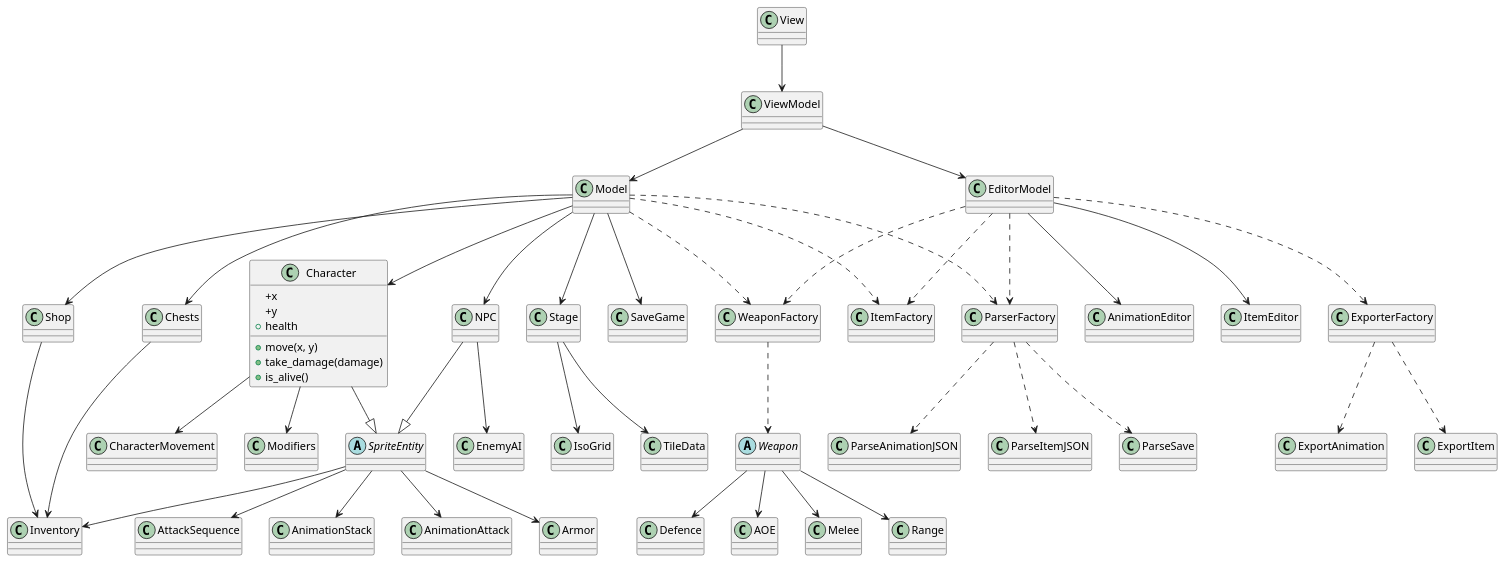
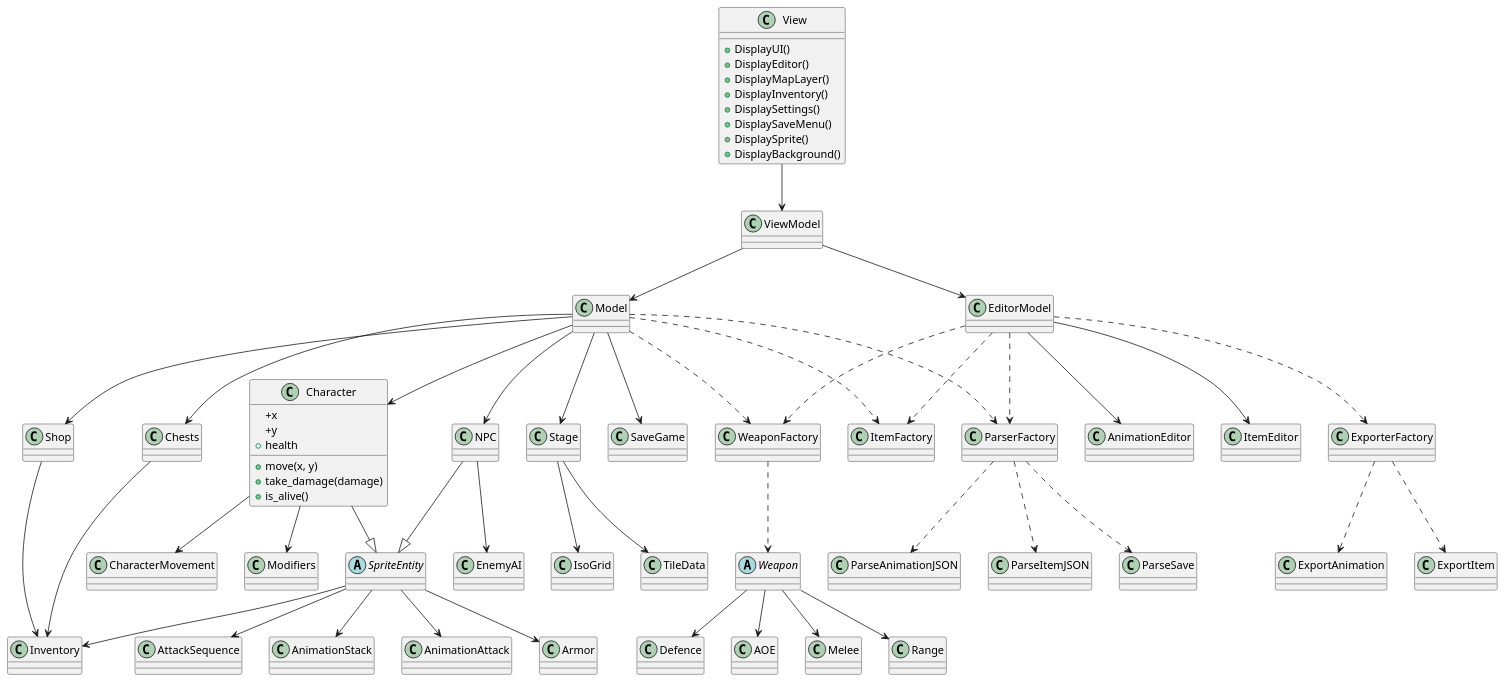
Before and after one commit to Uthjos/Project-Lapis-: the diagram in Design/Class Diagram.puml, drawn with PlantUML.

Commit message:
created some view UI pages/layers.

```diff
--- a/Design/Class Diagram.puml
+++ b/Design/Class Diagram.puml
@@ -1,6 +1,13 @@
 @startuml
 class View{
-
+    + DisplayUI()
+    + DisplayEditor()
+    + DisplayMapLayer()
+    + DisplayInventory()
+    + DisplaySettings()
+    + DisplaySaveMenu()
+    + DisplaySprite()
+    + DisplayBackground()
 }
 
 class ViewModel {
```
